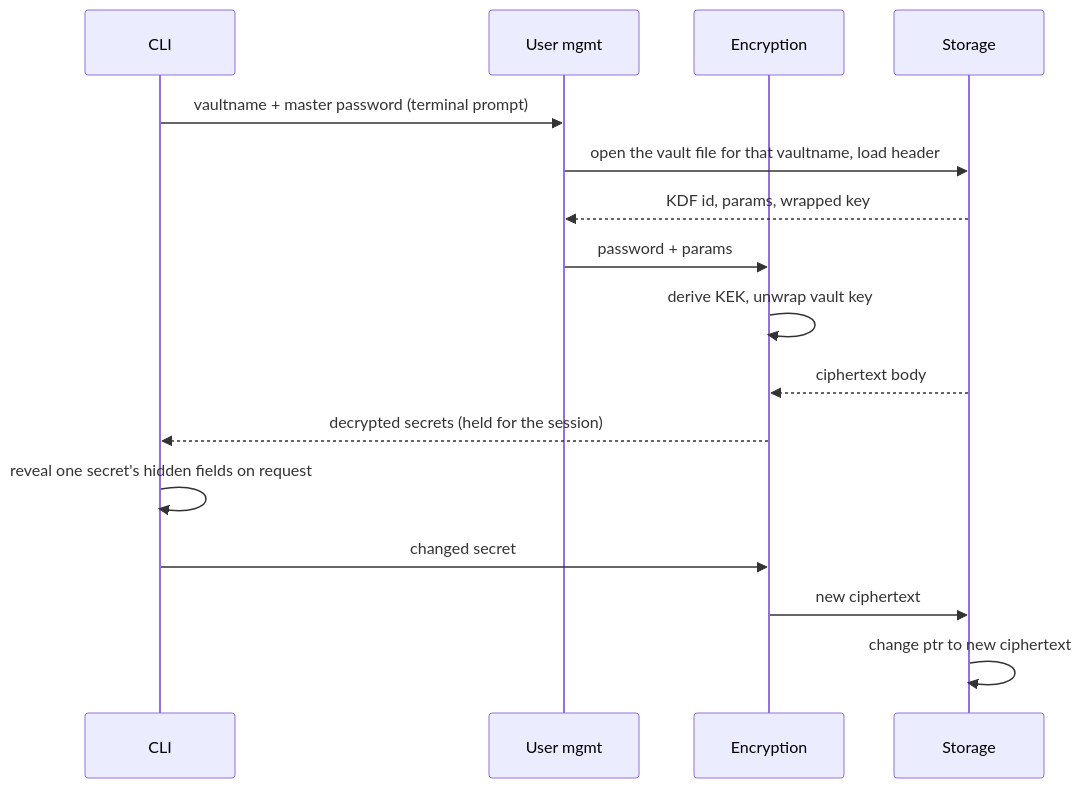
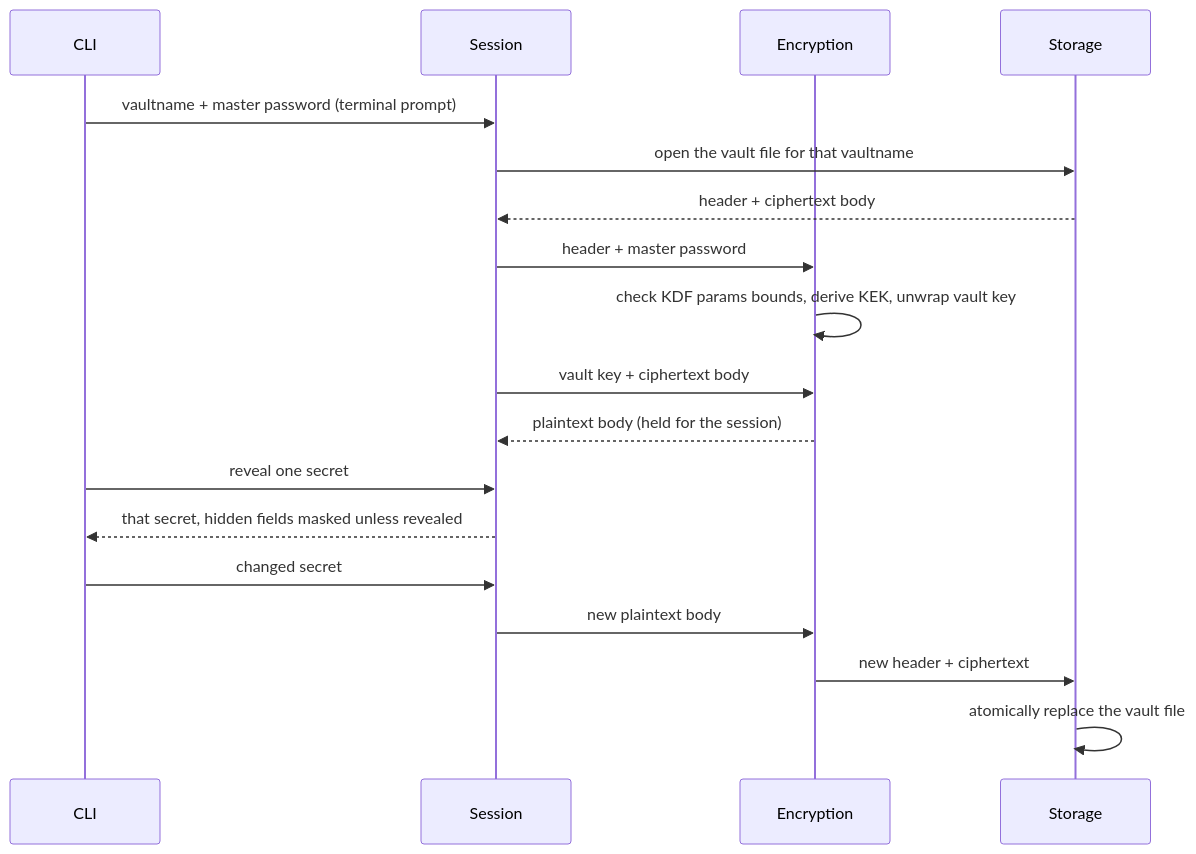
The second of 2 diagrams in secure-password-manager.md (jevgeni-arefjev/secure-pass-manager), drawn with Mermaid before and after one commit. The commit also changed other lines of this file and 8 other files, not shown here.

Commit message:
Renamed user-mgmt to session module. Adjusted crypto schema.

````diff
--- a/secure-password-manager.md
+++ b/secure-password-manager.md
@@ -37,18 +38,20 @@
 ```mermaid
 sequenceDiagram
   participant CLI as CLI
-  participant UM as User mgmt
+  participant SE as Session
   participant ENC as Encryption
   participant ST as Storage
-  CLI->>UM: vaultname + master password (terminal prompt)
-  UM->>ST: open the vault file for that vaultname, load header
-  ST-->>UM: KDF id, params, wrapped key
-  UM->>ENC: password + params
-  ENC->>ENC: derive KEK, unwrap vault key
-  ST-->>ENC: ciphertext body
-  ENC-->>CLI: decrypted secrets (held for the session)
-  CLI->>CLI: reveal one secret's hidden fields on request
-  CLI->>ENC: changed secret
-  ENC->>ST: new ciphertext
-  ST->>ST: change ptr to new ciphertext 
+  CLI->>SE: vaultname + master password (terminal prompt)
+  SE->>ST: open the vault file for that vaultname
+  ST-->>SE: header + ciphertext body
+  SE->>ENC: header + master password
+  ENC->>ENC: check KDF params bounds, derive KEK, unwrap vault key
+  SE->>ENC: vault key + ciphertext body
+  ENC-->>SE: plaintext body (held for the session)
+  CLI->>SE: reveal one secret
+  SE-->>CLI: that secret, hidden fields masked unless revealed
+  CLI->>SE: changed secret
+  SE->>ENC: new plaintext body
+  ENC->>ST: new header + ciphertext
+  ST->>ST: atomically replace the vault file
 ```
````
